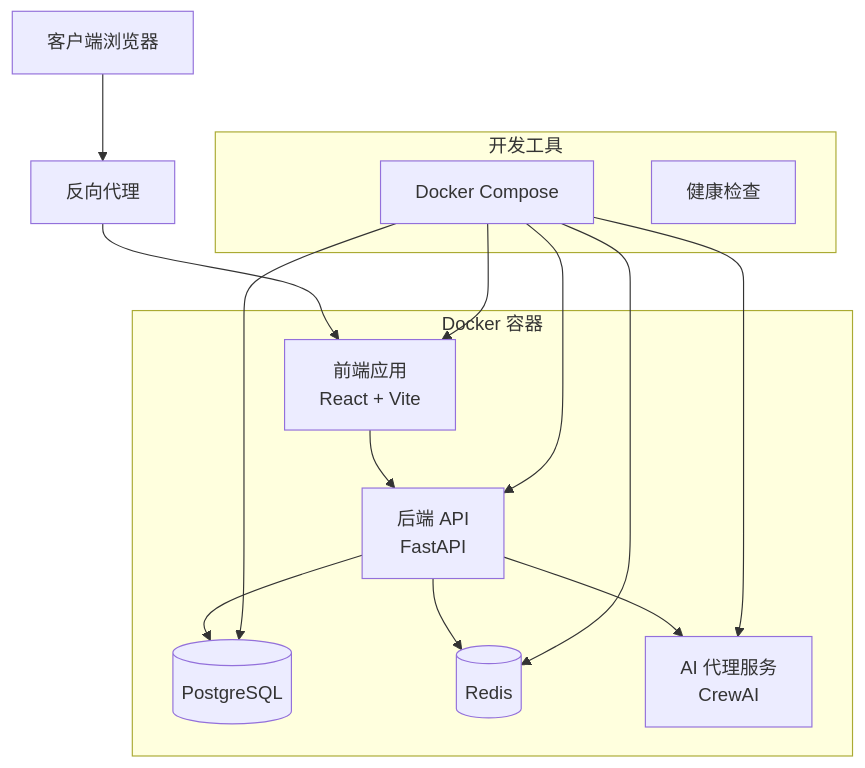
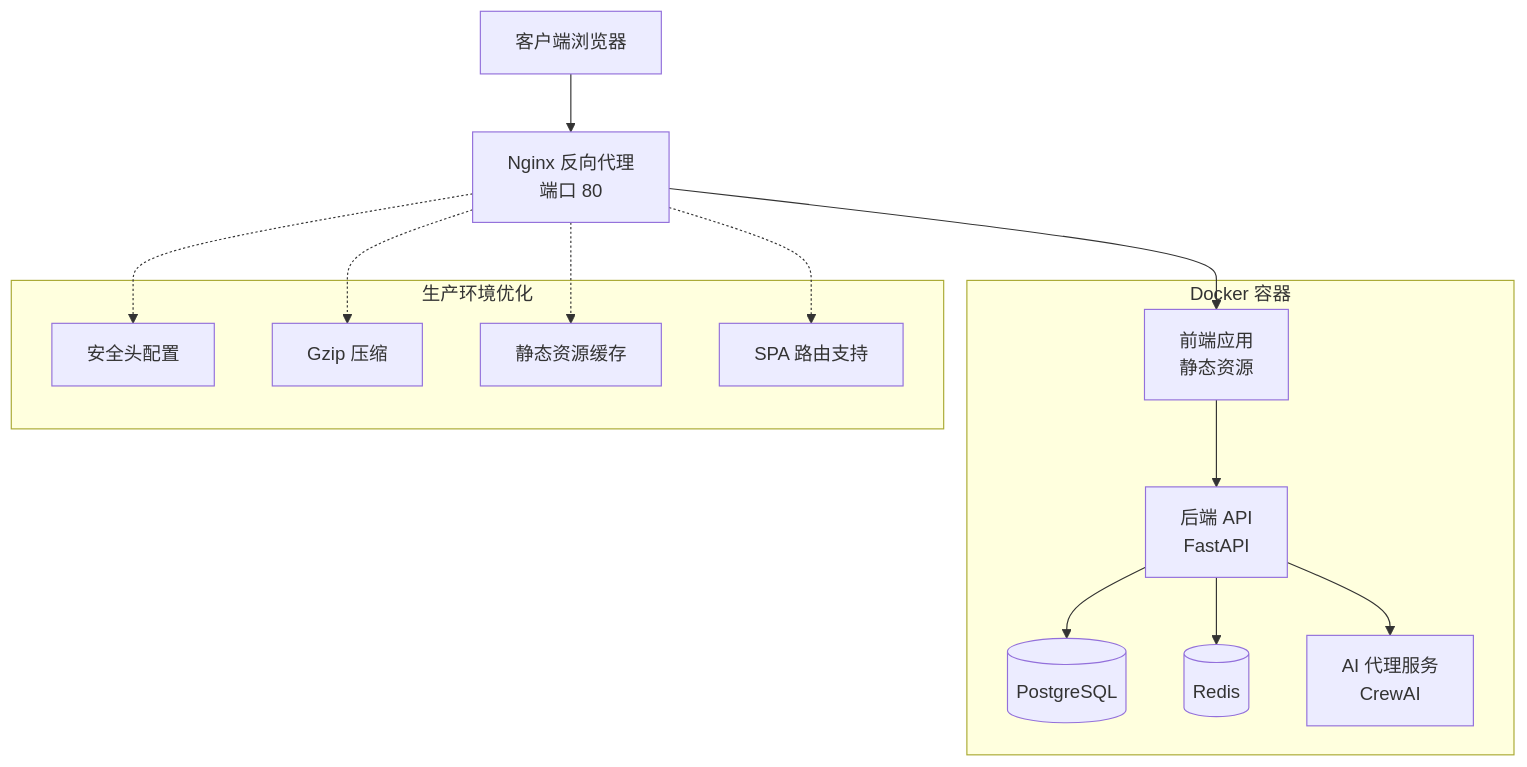
Before and after one commit to xfbyxq/ai-novel-system: the second of 14 diagrams in .qoder/repowiki/zh/content/Docker Deployment.md, drawn with Mermaid. The commit also changed other lines of this file and 8 other files, not shown here.

````diff
--- a/.qoder/repowiki/zh/content/Docker Deployment.md
+++ b/.qoder/repowiki/zh/content/Docker Deployment.md
@@ -164,25 +188,26 @@
 ```mermaid
 graph TD
-CLIENT[客户端浏览器] --> NGINX[反向代理]
-NGINX --> FRONTEND[前端应用<br/>React + Vite]
+CLIENT[客户端浏览器] --> NGINX[Nginx 反向代理<br/>端口 80]
+NGINX --> FRONTEND[前端应用<br/>静态资源]
 FRONTEND --> BACKEND[后端 API<br/>FastAPI]
 BACKEND --> DB[(PostgreSQL)]
 BACKEND --> CACHE[(Redis)]
 BACKEND --> AGENTS[AI 代理服务<br/>CrewAI]
 subgraph "Docker 容器"
 FRONTEND
 BACKEND
 DB
 CACHE
 AGENTS
 end
-subgraph "开发工具"
-DEVTOOLS[Docker Compose]
-MONITOR[健康检查]
+subgraph "生产环境优化"
+SECURITY[安全头配置]
+GZIP[Gzip 压缩]
+CACHE_STATIC[静态资源缓存]
+SPA_ROUTING[SPA 路由支持]
 end
-DEVTOOLS --> FRONTEND
-DEVTOOLS --> BACKEND
-DEVTOOLS --> DB
-DEVTOOLS --> CACHE
-DEVTOOLS --> AGENTS
+NGINX -.-> SECURITY
+NGINX -.-> GZIP
+NGINX -.-> CACHE_STATIC
+NGINX -.-> SPA_ROUTING
 ```
````
